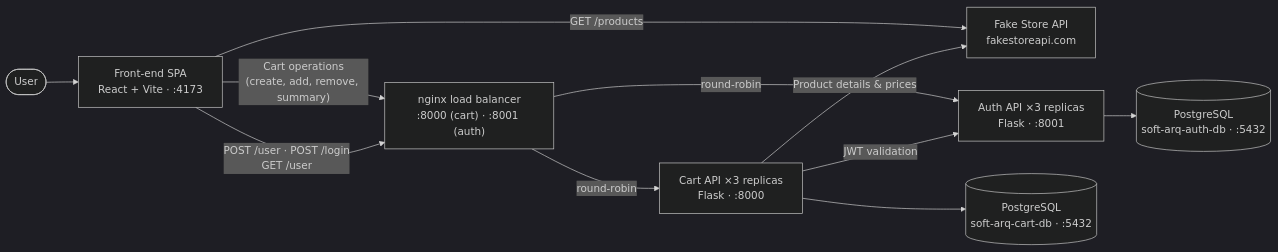
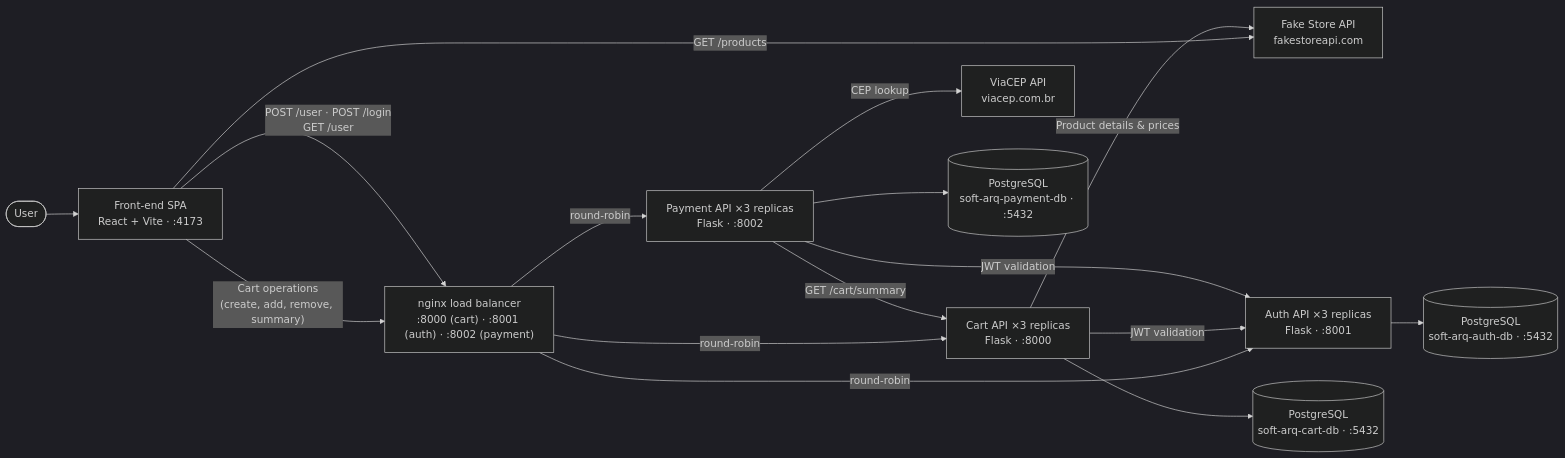
The diagram in README.md (ommeirelles/puc-arq-software-front), drawn with Mermaid (dark theme) before and after one commit. The commit also changed other lines of this file and 2 other files, not shown here.

Commit message:
feat: route payment API through load balancer with isolated db

````diff
--- a/README.md
+++ b/README.md
@@ -24,13 +27,18 @@
 ```mermaid
 flowchart LR
     User([User]) --> FE["Front-end SPA<br/>React + Vite · :4173"]
     FE -->|"GET /products"| FSA["Fake Store API<br/>fakestoreapi.com"]
-    FE -->|"Cart operations<br/>(create, add, remove, summary)"| LB["nginx load balancer<br/>:8000 (cart) · :8001 (auth)"]
+    FE -->|"Cart operations<br/>(create, add, remove, summary)"| LB["nginx load balancer<br/>:8000 (cart) · :8001 (auth) · :8002 (payment)"]
     FE -->|"POST /user · POST /login<br/>GET /user"| LB
     LB -->|"round-robin"| BE["Cart API ×3 replicas<br/>Flask · :8000"]
     LB -->|"round-robin"| AUTH["Auth API ×3 replicas<br/>Flask · :8001"]
+    LB -->|"round-robin"| PAY["Payment API ×3 replicas<br/>Flask · :8002"]
     BE -->|"Product details & prices"| FSA
     BE -->|"JWT validation"| AUTH
+    PAY -->|"JWT validation"| AUTH
+    PAY -->|"GET /cart/summary"| BE
+    PAY -->|"CEP lookup"| VIA["ViaCEP API<br/>viacep.com.br"]
     BE --> DB[("PostgreSQL<br/>soft-arq-cart-db · :5432")]
     AUTH --> AUTHDB[("PostgreSQL<br/>soft-arq-auth-db · :5432")]
+    PAY --> PAYDB[("PostgreSQL<br/>soft-arq-payment-db · :5432")]
 ```
````
